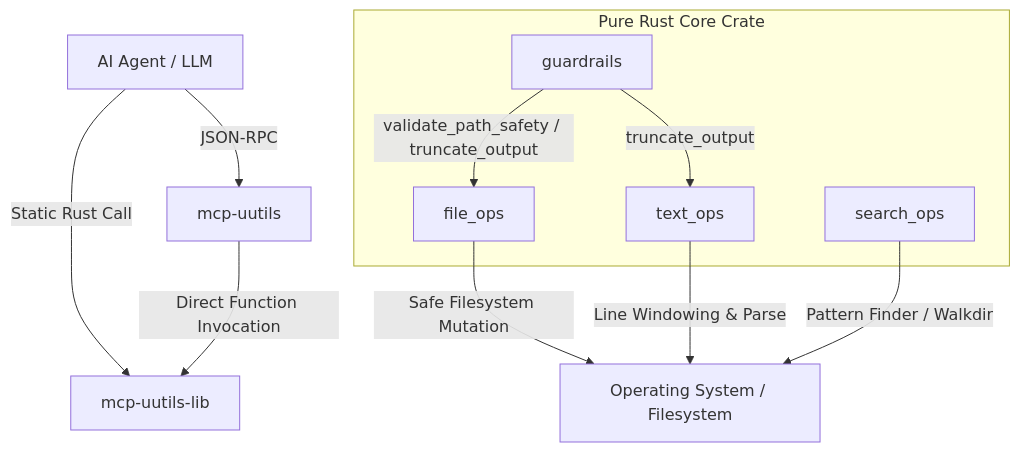
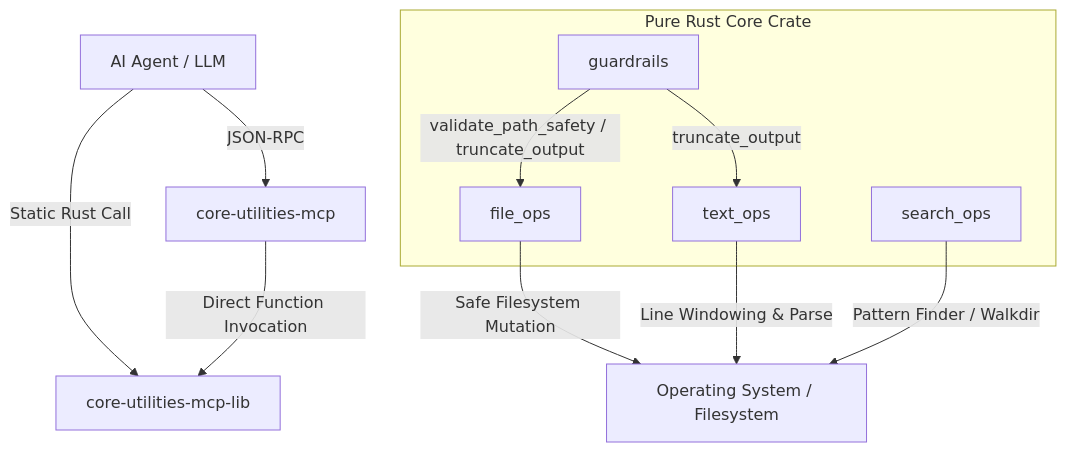
One commit to akahmys/core-utilities-mcp changed the diagram in ARCHITECTURE.md. Above: the diagram before and after it, drawn with Mermaid. The commit also changed other lines of this file and 17 other files, not shown here.

Commit message:
refactor: rename project to core-utilities-mcp

````diff
--- a/ARCHITECTURE.md
+++ b/ARCHITECTURE.md
@@ -21,16 +21,16 @@
 ```mermaid
 graph TD
-    AI[AI Agent / LLM] -->|JSON-RPC| MCP[mcp-uutils]
-    AI -->|Static Rust Call| LIB[mcp-uutils-lib]
+    AI[AI Agent / LLM] -->|JSON-RPC| MCP[core-utilities-mcp]
+    AI -->|Static Rust Call| LIB[core-utilities-mcp-lib]
     MCP -->|Direct Function Invocation| LIB
     
-    subgraph mcp-uutils-lib [Pure Rust Core Crate]
+    subgraph core-utilities-mcp-lib [Pure Rust Core Crate]
         G[guardrails] -->|validate_path_safety / truncate_output| F[file_ops]
         G -->|truncate_output| T[text_ops]
         S[search_ops]
     end
     
     F -->|Safe Filesystem Mutation| OS[Operating System / Filesystem]
     T -->|Line Windowing & Parse| OS
     S -->|Pattern Finder / Walkdir| OS
 ```
````
